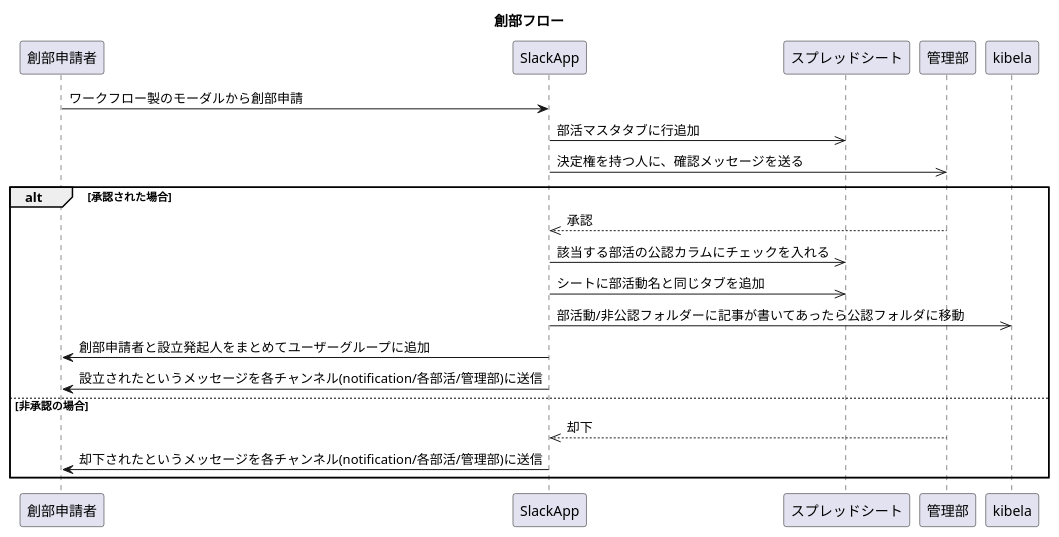
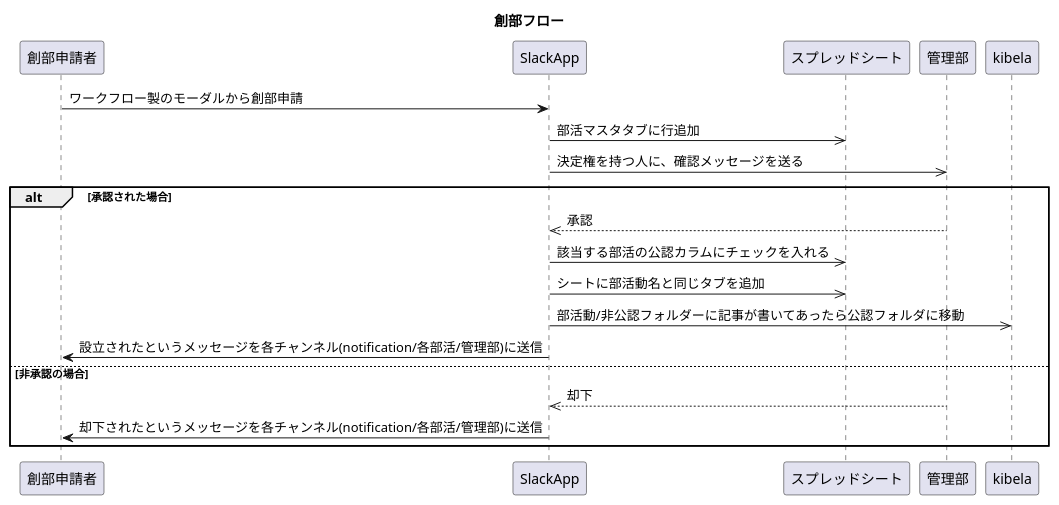
The diagram in docs/sequence-diagram/CreateClub.pu (tam-bourine/club-entry-manager), drawn with PlantUML before and after one commit.

Commit message:
fix: これ多分今はいらない

```diff
--- a/docs/sequence-diagram/CreateClub.pu
+++ b/docs/sequence-diagram/CreateClub.pu
@@ -1,19 +1,18 @@
 @startuml
 title 創部フロー
 創部申請者 -> SlackApp: ワークフロー製のモーダルから創部申請
 SlackApp ->> スプレッドシート: 部活マスタタブに行追加
 SlackApp ->> 管理部: 決定権を持つ人に、確認メッセージを送る
 
 alt 承認された場合
     管理部 -->> SlackApp: 承認
     SlackApp ->> スプレッドシート: 該当する部活の公認カラムにチェックを入れる
     SlackApp ->> スプレッドシート: シートに部活動名と同じタブを追加
     SlackApp ->> kibela: 部活動/非公認フォルダーに記事が書いてあったら公認フォルダに移動
-    SlackApp -> 創部申請者: 創部申請者と設立発起人をまとめてユーザーグループに追加
     SlackApp -> 創部申請者: 設立されたというメッセージを各チャンネル(notification/各部活/管理部)に送信
 else 非承認の場合
     管理部 -->> SlackApp: 却下
     SlackApp -> 創部申請者: 却下されたというメッセージを各チャンネル(notification/各部活/管理部)に送信
 end
 
 @enduml
```
